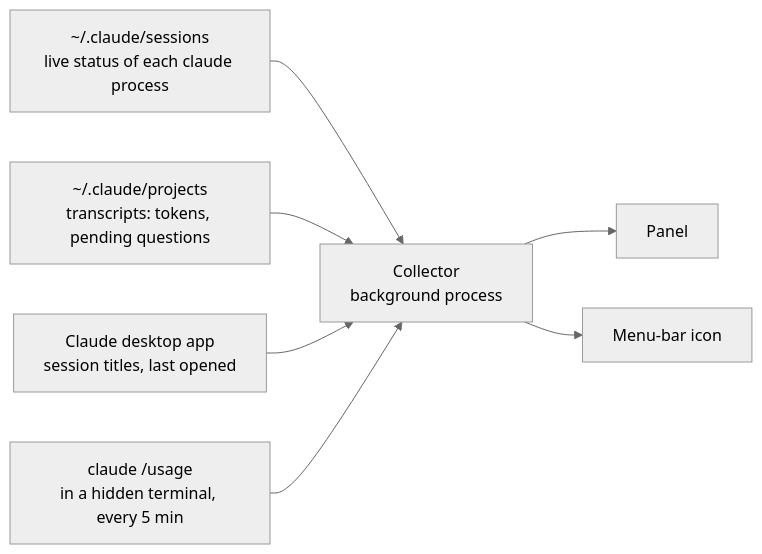
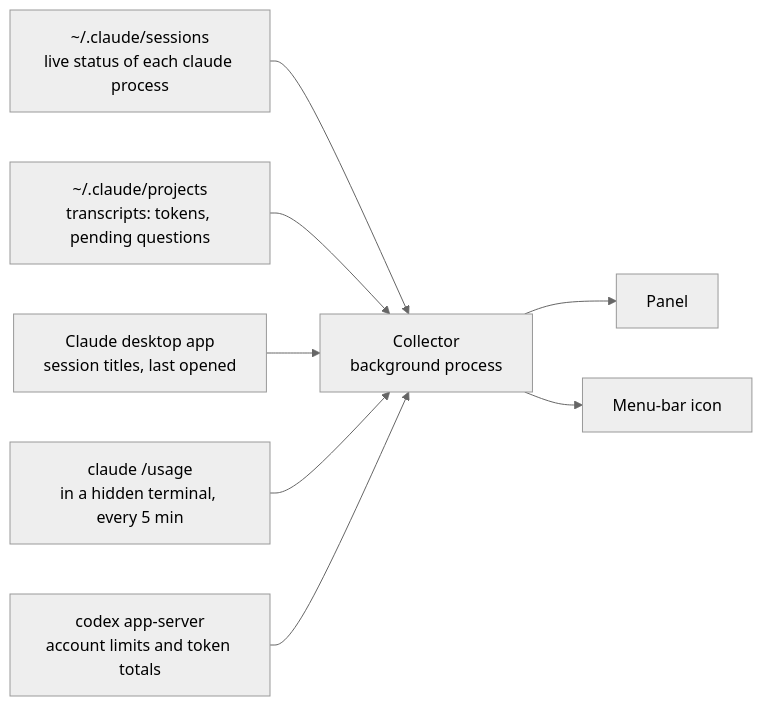
The diagram in README.md (andrei-pisklenov/agent-pulse), drawn with Mermaid (neutral theme) before and after one commit. The commit also changed other lines of this file and 20 other files, not shown here.

First line of the commit message:
Codex: show Codex sessions, limits and usage next to Claude

````diff
--- a/README.md
+++ b/README.md
@@ -95,9 +98,10 @@
 ```mermaid
 flowchart LR
   live["~/.claude/sessions<br/>live status of each claude process"] --> collector
   transcripts["~/.claude/projects<br/>transcripts: tokens, pending questions"] --> collector
   desktop["Claude desktop app<br/>session titles, last opened"] --> collector
   usage["claude /usage<br/>in a hidden terminal, every 5 min"] --> collector
+  codex["codex app-server<br/>account limits and token totals"] --> collector
   collector["Collector<br/>background process"] --> panel["Panel"]
   collector --> tray["Menu-bar icon"]
 ```
````
